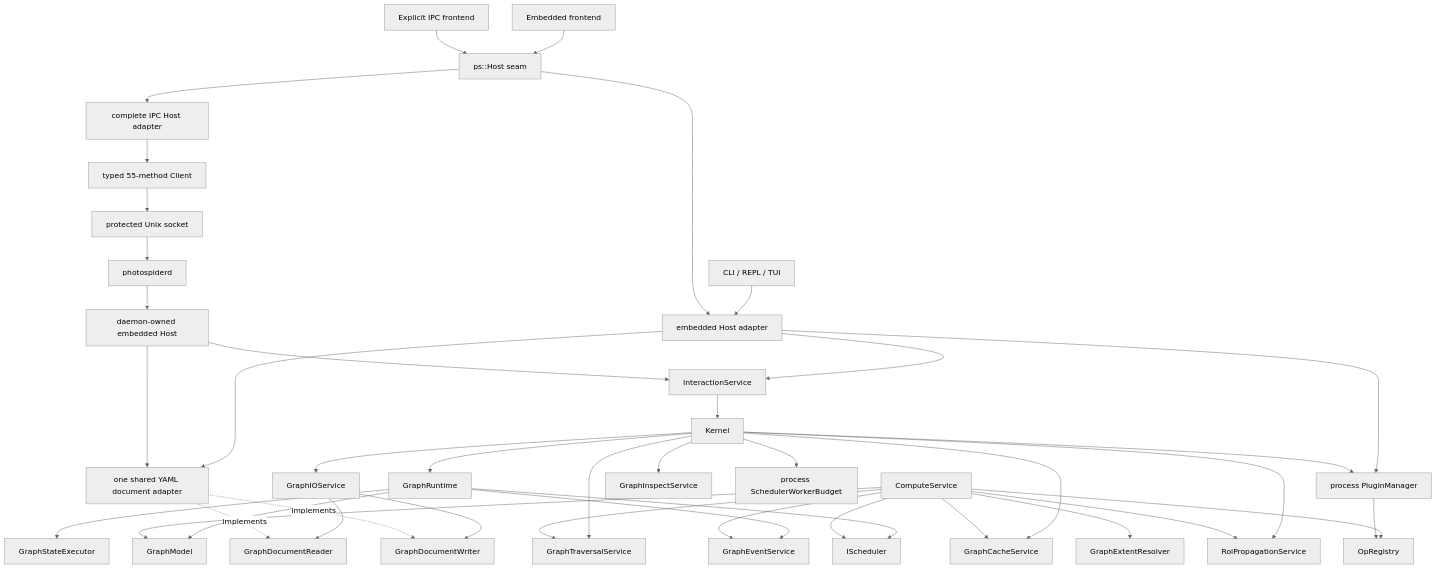
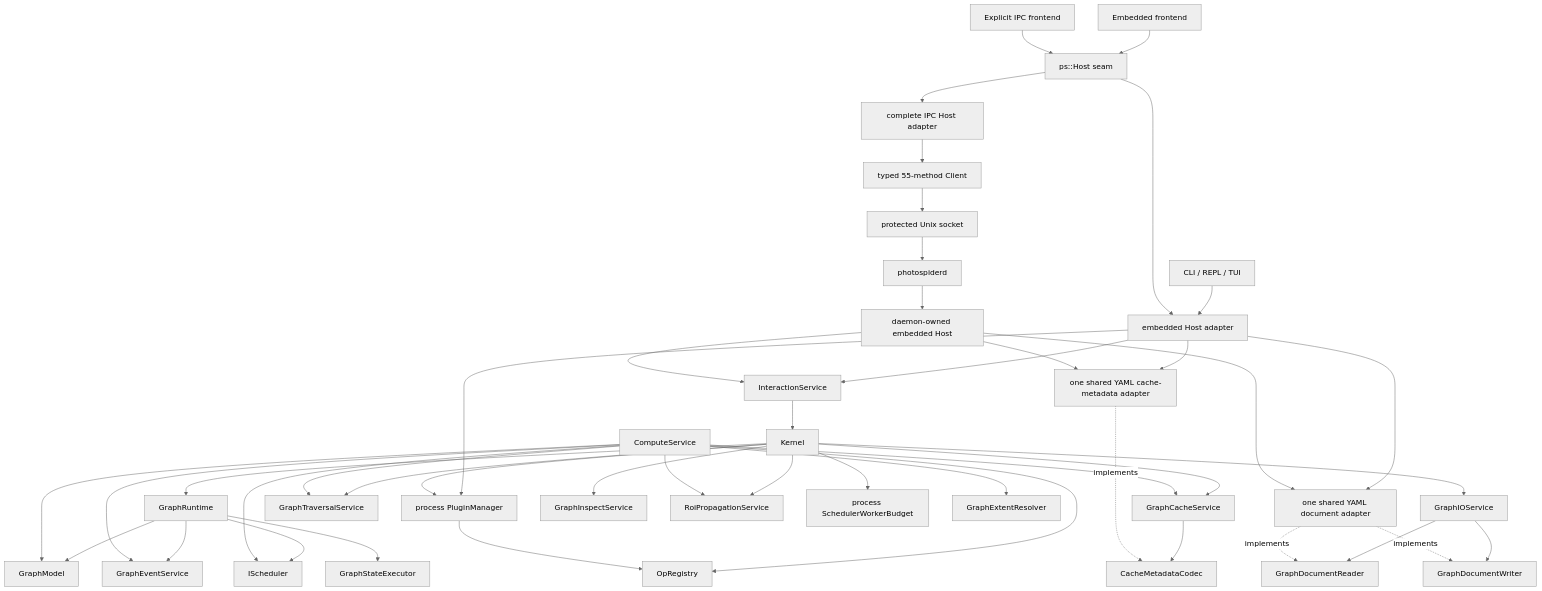
The diagram in docs/kernel-architecture/Overview.md (kevin-zf1123/photospider), drawn with Mermaid (neutral theme) before and after one commit. The commit also changed other lines of this file and 9 other files, not shown here.

First line of the commit message:
[docs] record YAML-neutral cache boundaries

````diff
--- a/docs/kernel-architecture/Overview.md
+++ b/docs/kernel-architecture/Overview.md
@@ -141,47 +141,51 @@
 ```mermaid
 graph TD
     CLI["CLI / REPL / TUI"] --> EmbeddedHost["embedded Host adapter"]
     Frontend["Embedded frontend"] --> Host["ps::Host seam"]
     RemoteFrontend["Explicit IPC frontend"] --> Host
     Host --> EmbeddedHost
     Host --> IpcHost["complete IPC Host adapter"]
     IpcHost --> Client["typed 55-method Client"]
     Client --> Socket["protected Unix socket"]
     Socket --> Daemon["photospiderd"]
     Daemon --> DaemonHost["daemon-owned embedded Host"]
     EmbeddedHost --> InteractionService
     DaemonHost --> InteractionService
     EmbeddedHost --> YamlGraphDocumentAdapter["one shared YAML document adapter"]
     DaemonHost --> YamlGraphDocumentAdapter
+    EmbeddedHost --> YamlCacheMetadataCodec["one shared YAML cache-metadata adapter"]
+    DaemonHost --> YamlCacheMetadataCodec
     EmbeddedHost --> PluginManager["process PluginManager"]
     InteractionService --> Kernel
 
     Kernel --> GraphRuntime
     Kernel --> GraphIOService
     GraphIOService --> GraphDocumentReader
     GraphIOService --> GraphDocumentWriter
     YamlGraphDocumentAdapter -. implements .-> GraphDocumentReader
     YamlGraphDocumentAdapter -. implements .-> GraphDocumentWriter
     Kernel --> GraphTraversalService
     Kernel --> GraphCacheService
+    GraphCacheService --> CacheMetadataCodec
+    YamlCacheMetadataCodec -. implements .-> CacheMetadataCodec
     Kernel --> GraphInspectService
     Kernel --> RoiPropagationService
     Kernel --> PluginManager
     Kernel --> SchedulerWorkerBudget["process SchedulerWorkerBudget"]
 
     GraphRuntime --> GraphModel
     GraphRuntime --> GraphStateExecutor
     GraphRuntime --> GraphEventService
     GraphRuntime --> IScheduler
 
     ComputeService --> GraphModel
     ComputeService --> GraphTraversalService
     ComputeService --> RoiPropagationService
     ComputeService --> GraphExtentResolver
     ComputeService --> GraphCacheService
     ComputeService --> GraphEventService
     ComputeService --> OpRegistry
     ComputeService --> IScheduler
 
     PluginManager --> OpRegistry
 ```
````
